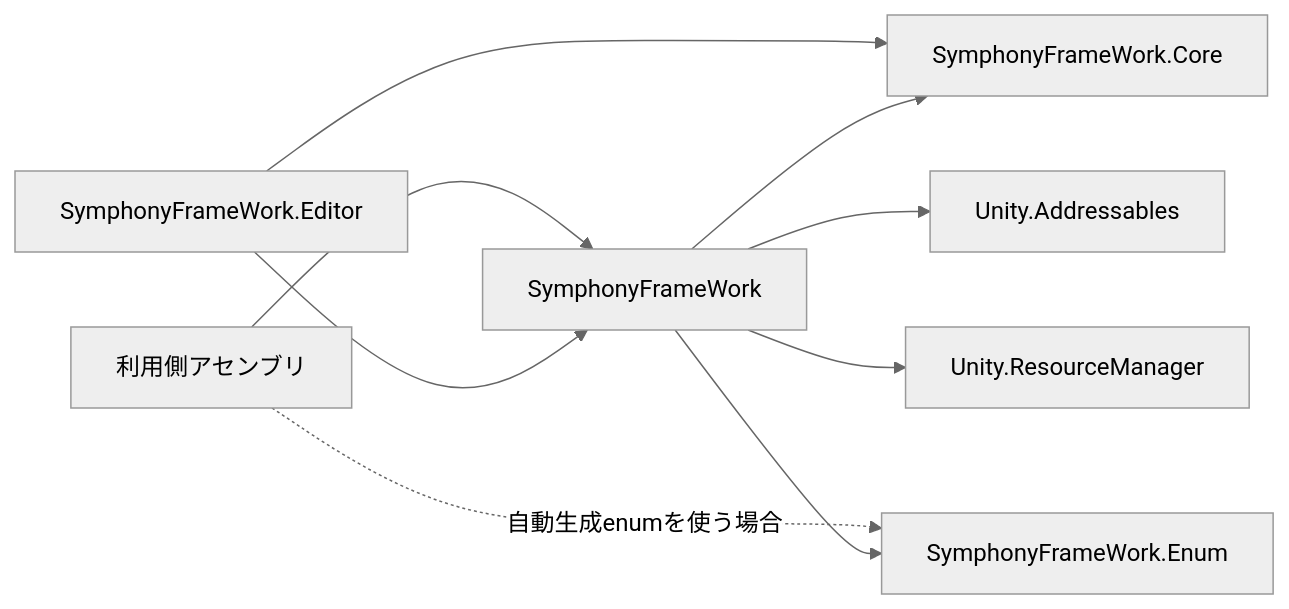
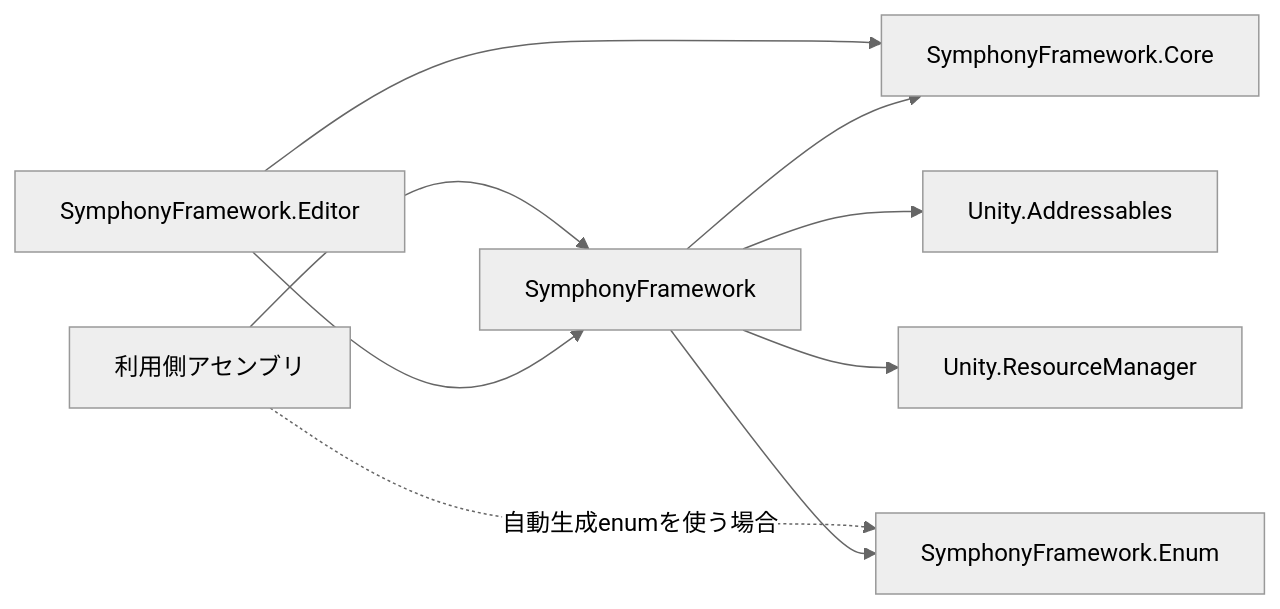
One commit to HIBIKI5201/SymphonyWorkspace changed the first of 9 diagrams in Documentation/ModuleInternals.md. Above: the diagram before and after it, drawn with Mermaid (neutral theme). The commit also changed other lines of this file and 31 other files, not shown here.

````diff
--- a/Documentation/ModuleInternals.md
+++ b/Documentation/ModuleInternals.md
@@ -13,11 +13,11 @@
 ```mermaid
 flowchart LR
-    Consumer["利用側アセンブリ"] --> Runtime["SymphonyFrameWork"]
-    Consumer -. "自動生成enumを使う場合" .-> Enum["SymphonyFrameWork.Enum"]
-    Editor["SymphonyFrameWork.Editor"] --> Runtime
-    Editor --> Core["SymphonyFrameWork.Core"]
+    Consumer["利用側アセンブリ"] --> Runtime["SymphonyFramework"]
+    Consumer -. "自動生成enumを使う場合" .-> Enum["SymphonyFramework.Enum"]
+    Editor["SymphonyFramework.Editor"] --> Runtime
+    Editor --> Core["SymphonyFramework.Core"]
     Runtime --> Core
     Runtime --> Addressables["Unity.Addressables"]
     Runtime --> ResourceManager["Unity.ResourceManager"]
     Runtime --> Enum
 ```
````
